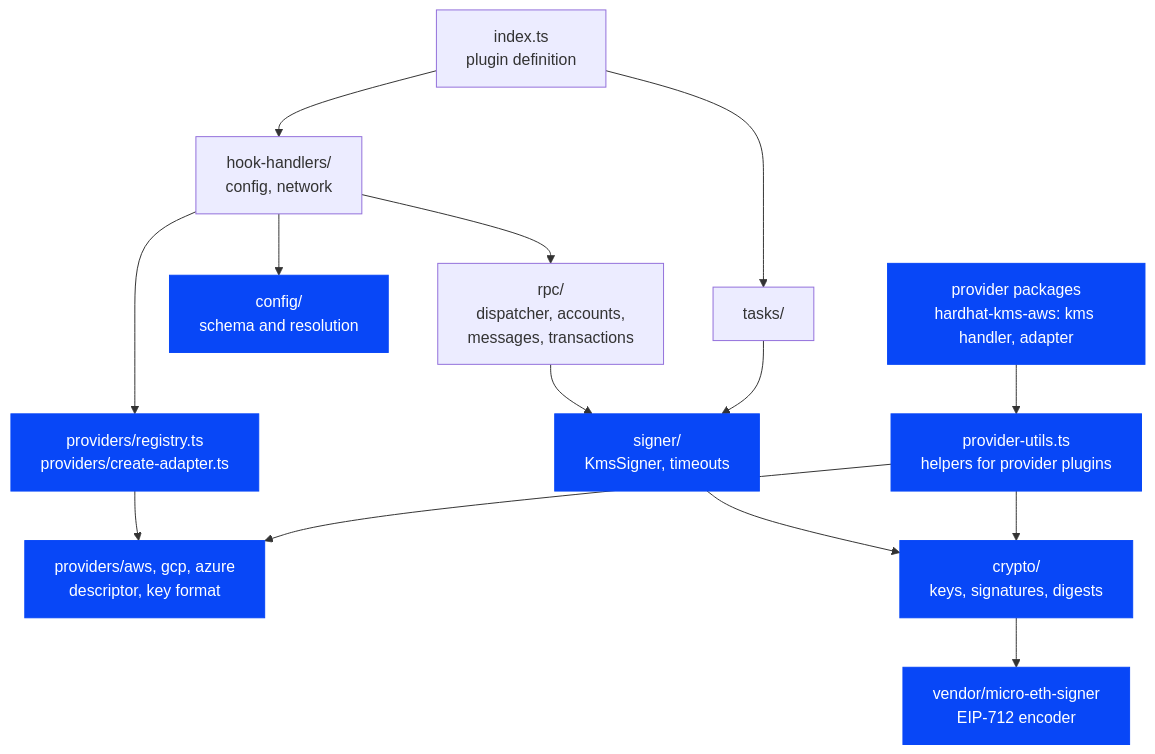
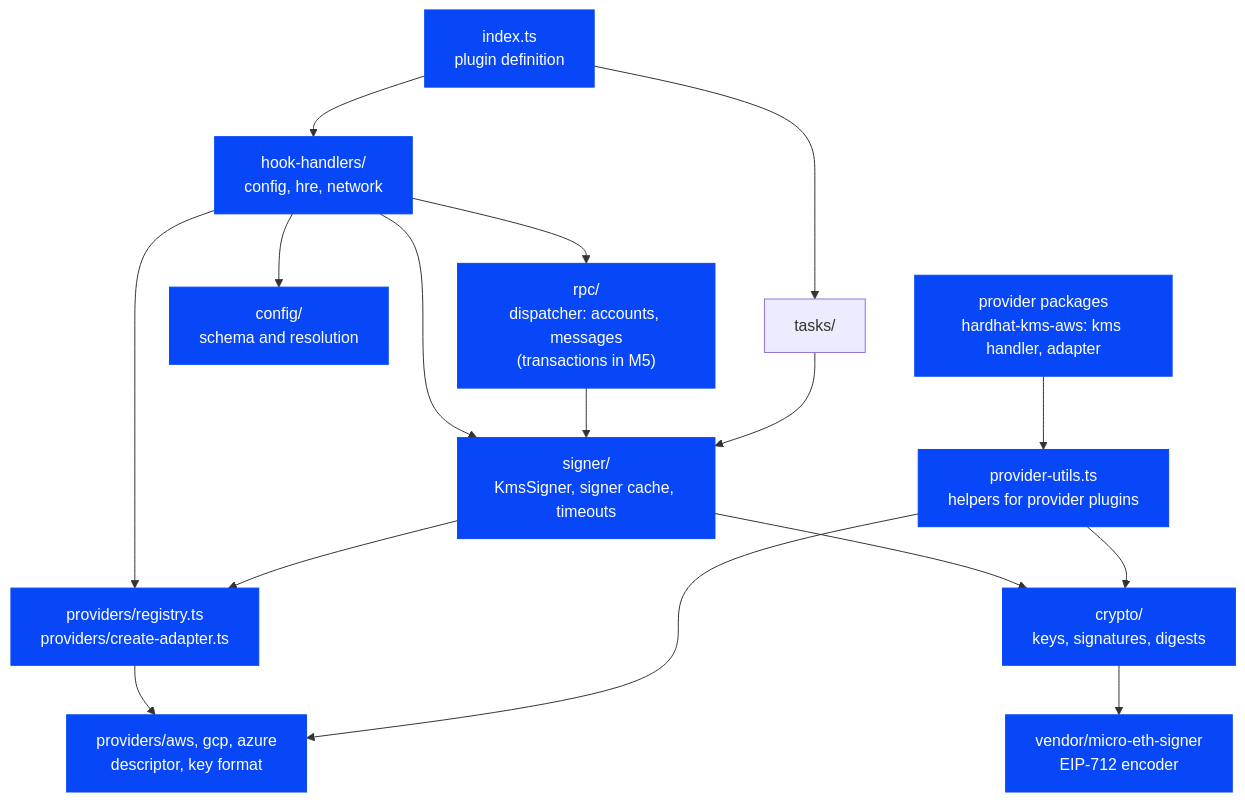
The first of 3 diagrams in docs/contributor/architecture.md (aelmanaa/hardhat-kms), drawn with Mermaid before and after one commit. The commit also changed other lines of this file and 23 other files, not shown here.

First line of the commit message:
feat: add KMS accounts to networks and sign messages and typed data (#106)

````diff
--- a/docs/contributor/architecture.md
+++ b/docs/contributor/architecture.md
@@ -11,18 +11,20 @@
 ```mermaid
 flowchart TD
-  index["index.ts<br/>plugin definition"] --> hooks["hook-handlers/<br/>config, network"]
+  index["index.ts<br/>plugin definition"] --> hooks["hook-handlers/<br/>config, hre, network"]
   index --> tasks["tasks/"]
   hooks --> config["config/<br/>schema and resolution"]
   hooks --> registry["providers/registry.ts<br/>providers/create-adapter.ts"]
-  hooks --> rpc["rpc/<br/>dispatcher, accounts,<br/>messages, transactions"]
-  rpc --> signer["signer/<br/>KmsSigner, timeouts"]
+  hooks --> rpc["rpc/<br/>dispatcher: accounts, messages<br/>(transactions in M5)"]
+  hooks --> signer
+  rpc --> signer["signer/<br/>KmsSigner, signer cache, timeouts"]
+  signer --> registry
   tasks --> signer
   registry --> descriptors["providers/aws, gcp, azure<br/>descriptor, key format"]
   signer --> crypto["crypto/<br/>keys, signatures, digests"]
   packages["provider packages<br/>hardhat-kms-aws: kms handler, adapter"] --> utils["provider-utils.ts<br/>helpers for provider plugins"]
   utils --> crypto
   utils --> descriptors
   crypto --> vendor["vendor/micro-eth-signer<br/>EIP-712 encoder"]
   classDef done fill:#0847F7,color:#fff,stroke:#0847F7
-  class crypto,signer,vendor,config,registry,descriptors,packages,utils done
+  class index,hooks,rpc,crypto,signer,vendor,config,registry,descriptors,packages,utils done
 ```
````
